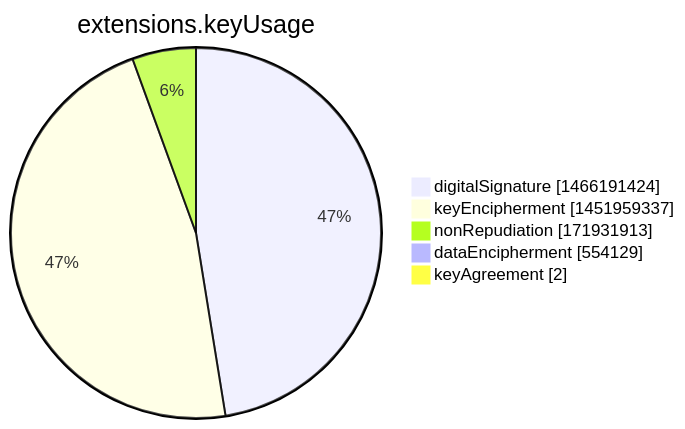
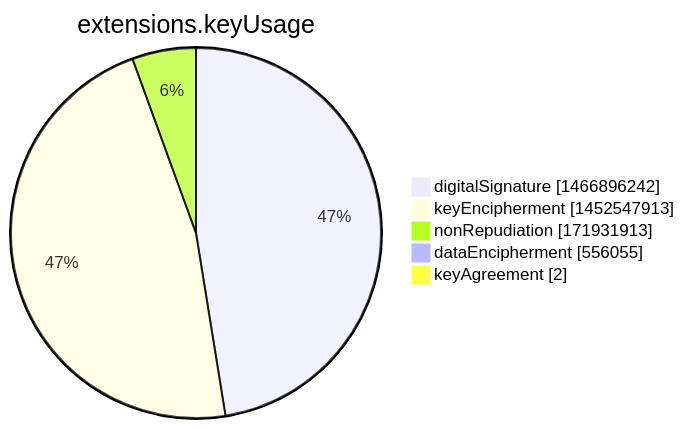
One commit to christiankrug/ctmonitor_visualization changed the seventh of 15 diagrams in argon2022/README.md. Above: the diagram before and after it, drawn with Mermaid. The commit also changed other lines of this file, not shown here.

````diff
--- a/argon2022/README.md
+++ b/argon2022/README.md
@@ -2751,9 +2751,9 @@
 ```mermaid
 pie showData
 title extensions.keyUsage
-"digitalSignature" :1466191424
-"keyEncipherment" :1451959337
+"digitalSignature" :1466896242
+"keyEncipherment" :1452547913
 "nonRepudiation" :171931913
-"dataEncipherment" :554129
+"dataEncipherment" :556055
 "keyAgreement" :2
 ```
````
